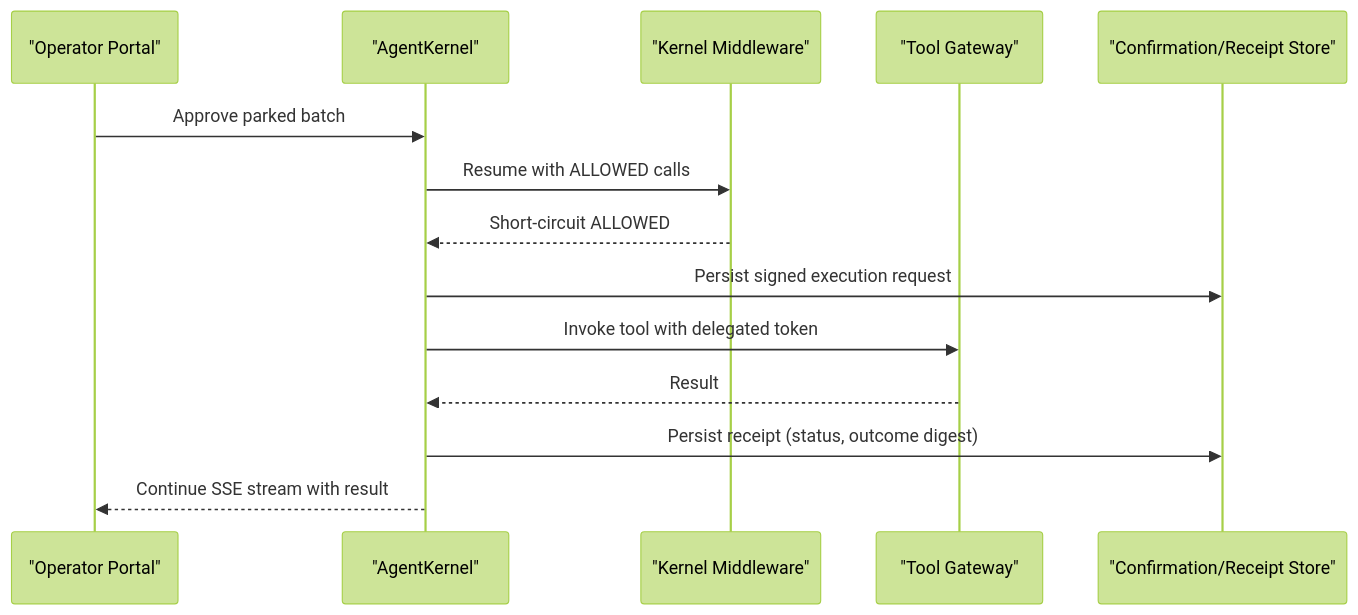
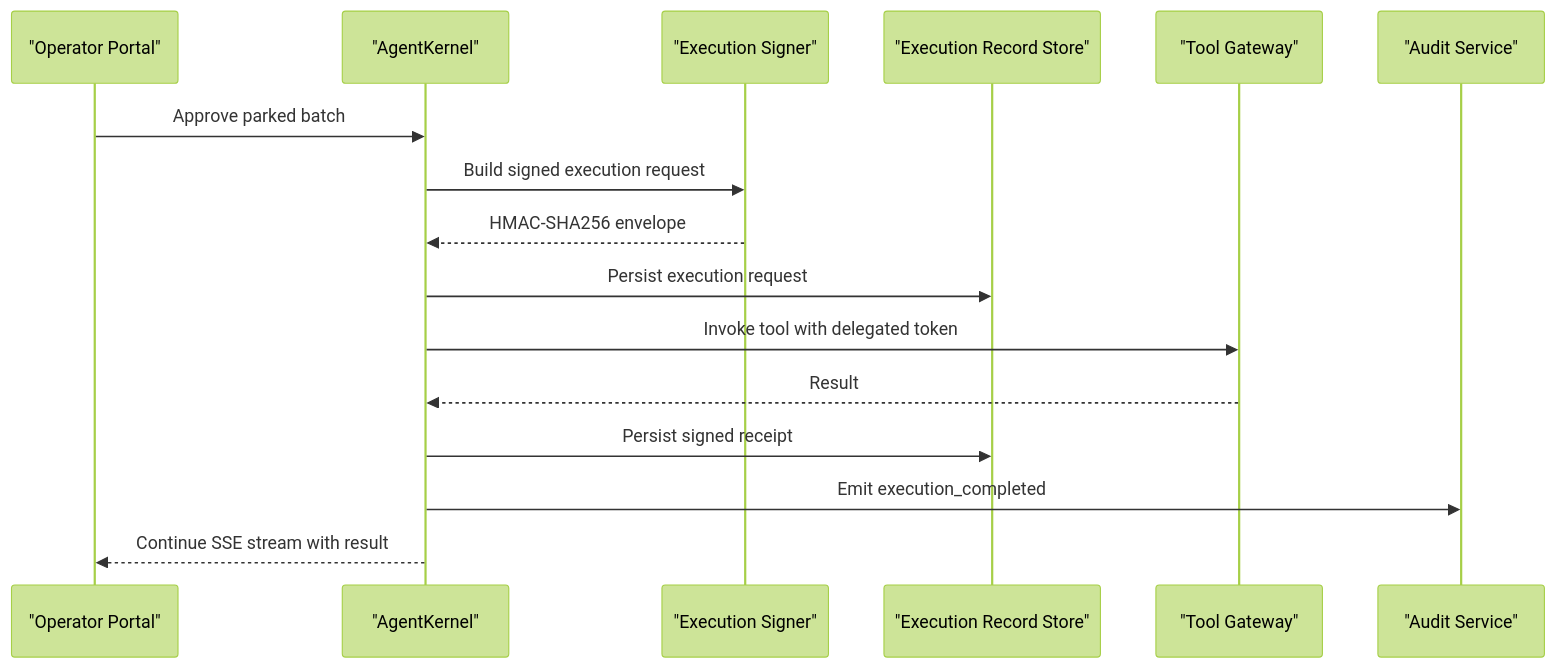
One commit to metasync/luban-aiops changed the second of 8 diagrams in .qoder/repowiki/en/content/Architecture Documentation/Execution Runtime Spike.md. Above: the diagram before and after it, drawn with Mermaid (forest theme). The commit also changed other lines of this file and 4 other files, not shown here.

````diff
--- a/.qoder/repowiki/en/content/Architecture Documentation/Execution Runtime Spike.md
+++ b/.qoder/repowiki/en/content/Architecture Documentation/Execution Runtime Spike.md
@@ -90,16 +110,18 @@
 ```mermaid
 sequenceDiagram
 participant Portal as "Operator Portal"
 participant Agent as "AgentKernel"
-participant MW as "Kernel Middleware"
+participant Signer as "Execution Signer"
+participant Store as "Execution Record Store"
 participant GW as "Tool Gateway"
-participant Store as "Confirmation/Receipt Store"
+participant Audit as "Audit Service"
 Portal->>Agent : Approve parked batch
-Agent->>MW : Resume with ALLOWED calls
-MW-->>Agent : Short-circuit ALLOWED
-Agent->>Store : Persist signed execution request
+Agent->>Signer : Build signed execution request
+Signer-->>Agent : HMAC-SHA256 envelope
+Agent->>Store : Persist execution request
 Agent->>GW : Invoke tool with delegated token
 GW-->>Agent : Result
-Agent->>Store : Persist receipt (status, outcome digest)
+Agent->>Store : Persist signed receipt
+Agent->>Audit : Emit execution_completed
 Agent-->>Portal : Continue SSE stream with result
 ```
````
